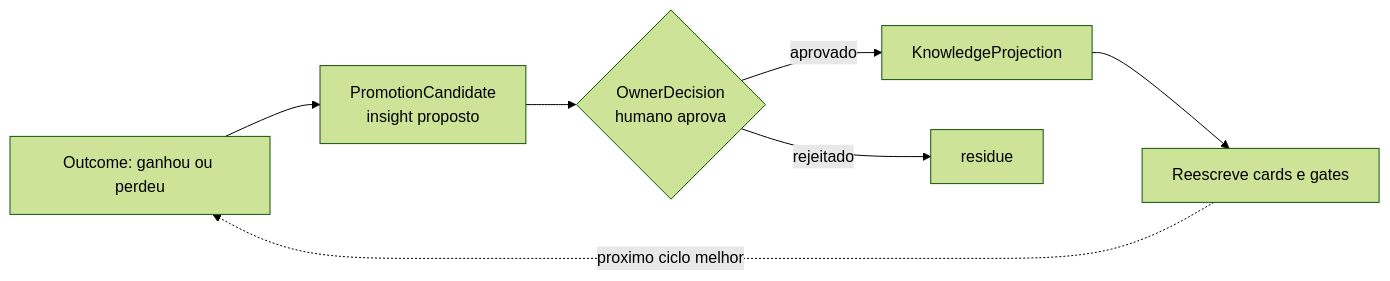
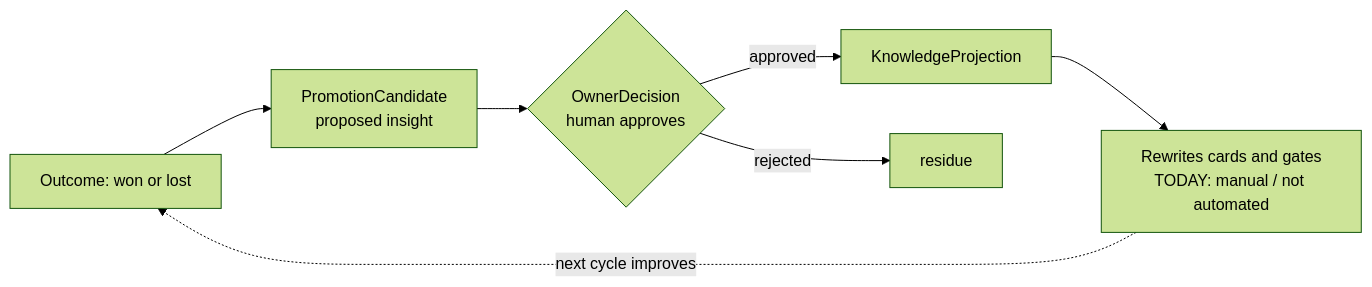
Before and after one commit to cyberAlchemyAI/domainspec-core: the sixth of 6 diagrams in projects/goldenquill/victor/discovery.md, drawn with Mermaid (forest theme). The commit also changed other lines of this file, not shown here.

````diff
--- a/projects/goldenquill/victor/discovery.md
+++ b/projects/goldenquill/victor/discovery.md
@@ -332,9 +345,9 @@
 ```mermaid
 flowchart LR
-  O[Outcome: ganhou ou perdeu] --> PC[PromotionCandidate<br/>insight proposto]
-  PC --> OD{OwnerDecision<br/>humano aprova}
-  OD -->|aprovado| KP[KnowledgeProjection]
-  KP --> Cards[Reescreve cards e gates]
-  Cards -.proximo ciclo melhor.-> O
-  OD -->|rejeitado| R[residue]
+  O[Outcome: won or lost] --> PC[PromotionCandidate<br/>proposed insight]
+  PC --> OD{OwnerDecision<br/>human approves}
+  OD -->|approved| KP[KnowledgeProjection]
+  KP --> Cards[Rewrites cards and gates<br/>TODAY: manual / not automated]
+  Cards -.next cycle improves.-> O
+  OD -->|rejected| R[residue]
 ```
````
